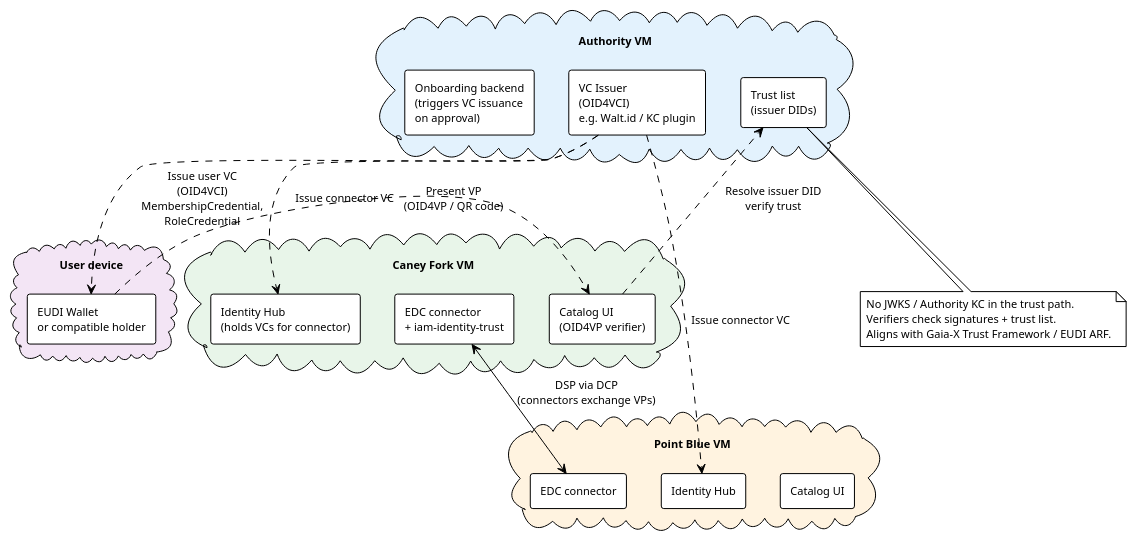
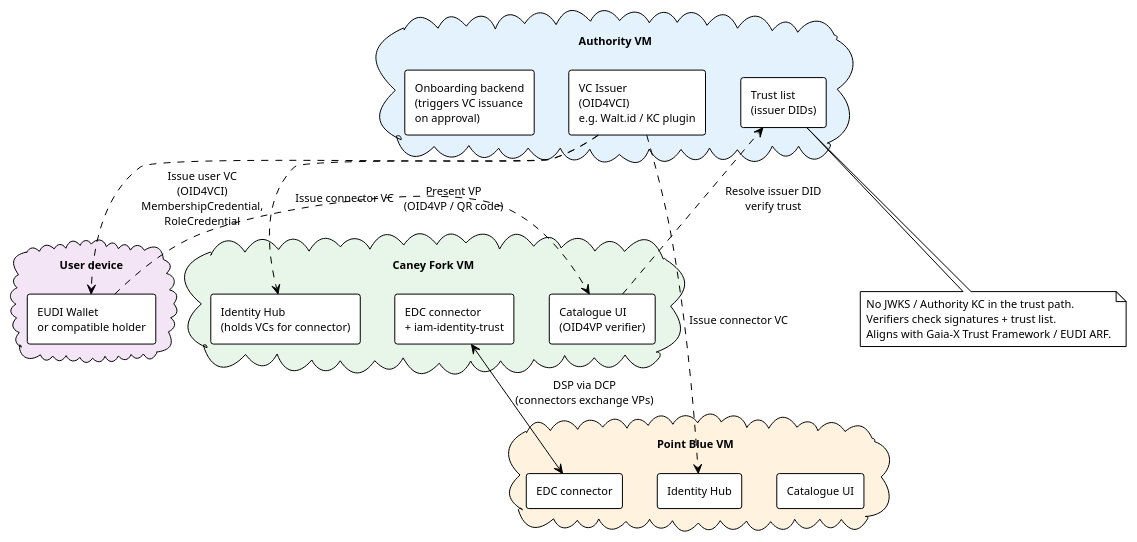
Before and after one commit to glcdi/documentation: the ninth of 11 diagrams in reference/authentication.md, drawn with PlantUML. The commit also changed other lines of this file and 22 other files, not shown here.

````diff
--- a/reference/authentication.md
+++ b/reference/authentication.md
@@ -512,43 +512,43 @@
 ```plantuml
 @startuml
 !theme plain
 skinparam defaultFontSize 11
 skinparam componentStyle rectangle
 
 cloud "Authority VM" as AUTH #E3F2FD {
   component "VC Issuer\n(OID4VCI)\ne.g. Walt.id / KC plugin" as ISS
   component "Trust list\n(issuer DIDs)" as TL
   component "Onboarding backend\n(triggers VC issuance\non approval)" as OB
 }
 
 cloud "User device" as UD #F3E5F5 {
   component "EUDI Wallet\nor compatible holder" as WAL
 }
 
 cloud "Caney Fork VM" as PV1 #E8F5E9 {
-  component "Catalog UI\n(OID4VP verifier)" as UI1
+  component "Catalogue UI\n(OID4VP verifier)" as UI1
   component "EDC connector\n+ iam-identity-trust" as EDC1
   component "Identity Hub\n(holds VCs for connector)" as IH1
 }
 
 cloud "Point Blue VM" as PV2 #FFF3E0 {
-  component "Catalog UI" as UI2
+  component "Catalogue UI" as UI2
   component "EDC connector" as EDC2
   component "Identity Hub" as IH2
 }
 
 ISS ..> WAL : Issue user VC\n(OID4VCI)\nMembershipCredential,\nRoleCredential
 ISS ..> IH1 : Issue connector VC
 ISS ..> IH2 : Issue connector VC
 
 WAL ..> UI1 : Present VP\n(OID4VP / QR code)
 UI1 ..> TL : Resolve issuer DID\nverify trust
 EDC1 <--> EDC2 : DSP via DCP\n(connectors exchange VPs)
 
 note bottom of TL
   No JWKS / Authority KC in the trust path.
   Verifiers check signatures + trust list.
   Aligns with Gaia-X Trust Framework / EUDI ARF.
 end note
 @enduml
 ```
````
